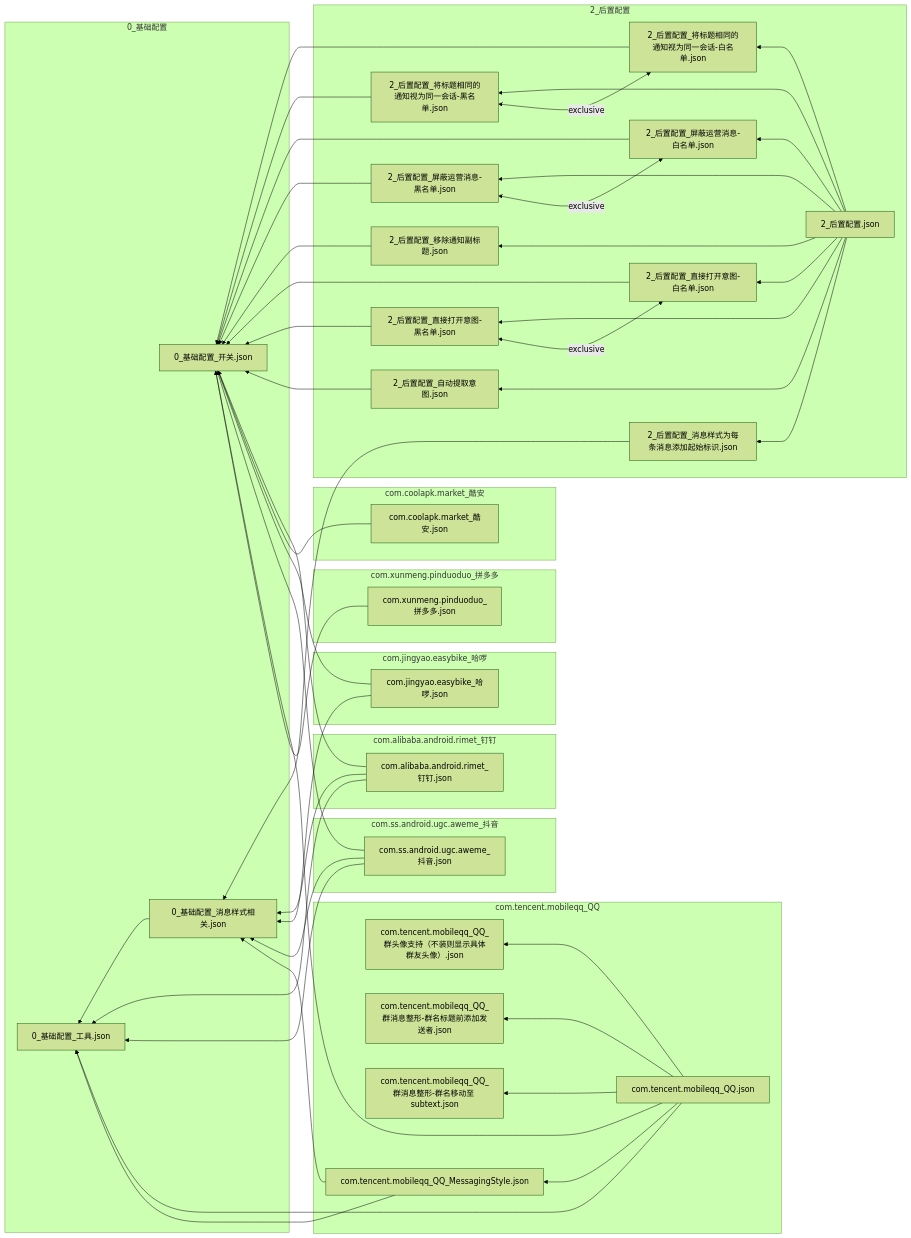
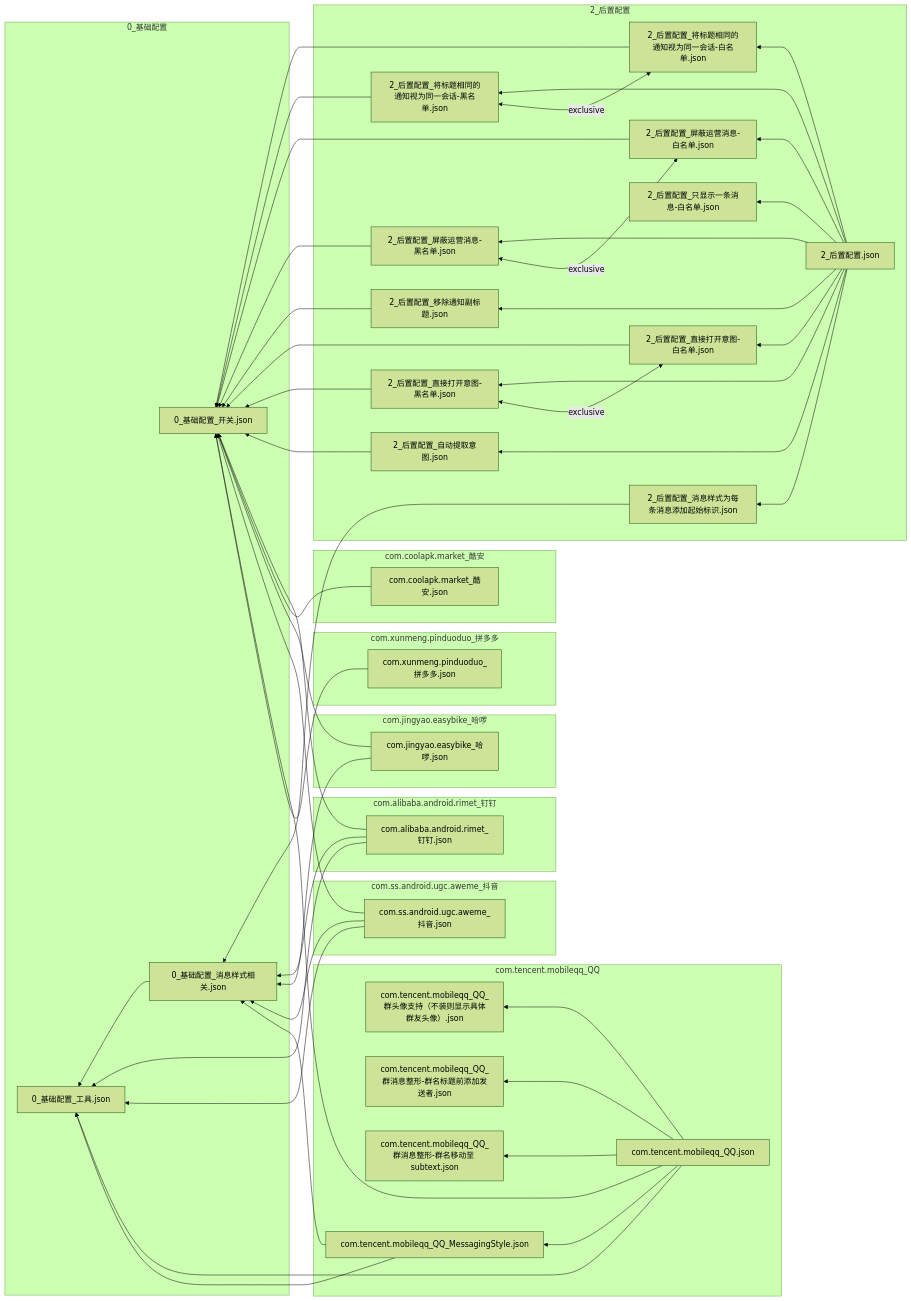
Before and after one commit to magisk317/MiPushConfigurations: the diagram in dependencies.md, drawn with Mermaid (forest theme). The commit also changed 2 other files, not shown here.

Commit message:
新增后置配置：只显示一条消息

````diff
--- a/dependencies.md
+++ b/dependencies.md
@@ -1,45 +1,46 @@
 ``` mermaid
 graph RL
 	subgraph 0_基础配置
 		479475383F0491508B3FC3001F85C8269165532DCD888EEE95ACAE0EFD0C9DEF["0_基础配置_工具.json"]
 		64CA1BAFD56122596A896ED9ACAC6301DAD3E47BC4E1F6650157CC8656332DB7["0_基础配置_开关.json"]
 		56F20600842C69DE11952BB308DDF2E234E46B866CCCE75155286E9A8C580A61["0_基础配置_消息样式相关.json"] --> 479475383F0491508B3FC3001F85C8269165532DCD888EEE95ACAE0EFD0C9DEF["0_基础配置_工具.json"]
 	end
 	subgraph 2_后置配置
-		CF1FF94665A8D125D2423F56FDF7D38CF6CB80A9702194C9182052A8EDD9B84F["2_后置配置.json"] --> BC119D699D1C22724B679147E360075F7311DC921A8B780B9A20750AD2BF8CE3["2_后置配置_移除通知副标题.json"] & D527F45F15BDD196E8CBE990ADBAFA93E36B1B763DFCD135EBA614D466B7493E["2_后置配置_消息样式为每条消息添加起始标识.json"] & C8ADC7C1E6F0FFA5F5302AE8955063633F68984F3FB30B563B4EB1D6CE8C3D27["2_后置配置_将标题相同的通知视为同一会话-白名单.json"] & A37D25B272E10D3FFCA277CF5B0CCA75D61016C03F2ED04820C21D2FD5F1C437["2_后置配置_将标题相同的通知视为同一会话-黑名单.json"] & C447EE860734DF6AA6A564BB3239AF0CFAAFE020018E0EF5496501D114BB6D16["2_后置配置_屏蔽运营消息-白名单.json"] & FB016B66093520C498AF13FFB20BBE3E1BD48890111E28D2968DEB22C21AA22A["2_后置配置_屏蔽运营消息-黑名单.json"] & BE0DE28646BA00CEBF099751C6566F3AB5B08DD5DE0C2FC3C4C62AF08D4F4CAB["2_后置配置_自动提取意图.json"] & 0BB6031DECF356C7682C7E4DB8840825EC906C42091672812CDFD24E1A1CE877["2_后置配置_直接打开意图-白名单.json"] & FBEB52252E05CB53C3B59F41F43CF5C5F4BA89FD5D89ED91DF81F90026DD6C50["2_后置配置_直接打开意图-黑名单.json"]
+		CF1FF94665A8D125D2423F56FDF7D38CF6CB80A9702194C9182052A8EDD9B84F["2_后置配置.json"] --> BC119D699D1C22724B679147E360075F7311DC921A8B780B9A20750AD2BF8CE3["2_后置配置_移除通知副标题.json"] & D527F45F15BDD196E8CBE990ADBAFA93E36B1B763DFCD135EBA614D466B7493E["2_后置配置_消息样式为每条消息添加起始标识.json"] & C8ADC7C1E6F0FFA5F5302AE8955063633F68984F3FB30B563B4EB1D6CE8C3D27["2_后置配置_将标题相同的通知视为同一会话-白名单.json"] & A37D25B272E10D3FFCA277CF5B0CCA75D61016C03F2ED04820C21D2FD5F1C437["2_后置配置_将标题相同的通知视为同一会话-黑名单.json"] & C447EE860734DF6AA6A564BB3239AF0CFAAFE020018E0EF5496501D114BB6D16["2_后置配置_屏蔽运营消息-白名单.json"] & FB016B66093520C498AF13FFB20BBE3E1BD48890111E28D2968DEB22C21AA22A["2_后置配置_屏蔽运营消息-黑名单.json"] & B02672C1C00A5C2E2591E4E558836163D378C452BFEA8A1945C5BAEC4ED859FE["2_后置配置_只显示一条消息-白名单.json"] & BE0DE28646BA00CEBF099751C6566F3AB5B08DD5DE0C2FC3C4C62AF08D4F4CAB["2_后置配置_自动提取意图.json"] & 0BB6031DECF356C7682C7E4DB8840825EC906C42091672812CDFD24E1A1CE877["2_后置配置_直接打开意图-白名单.json"] & FBEB52252E05CB53C3B59F41F43CF5C5F4BA89FD5D89ED91DF81F90026DD6C50["2_后置配置_直接打开意图-黑名单.json"]
 		C8ADC7C1E6F0FFA5F5302AE8955063633F68984F3FB30B563B4EB1D6CE8C3D27["2_后置配置_将标题相同的通知视为同一会话-白名单.json"] --> 64CA1BAFD56122596A896ED9ACAC6301DAD3E47BC4E1F6650157CC8656332DB7["0_基础配置_开关.json"]
 		A37D25B272E10D3FFCA277CF5B0CCA75D61016C03F2ED04820C21D2FD5F1C437["2_后置配置_将标题相同的通知视为同一会话-黑名单.json"] --> 64CA1BAFD56122596A896ED9ACAC6301DAD3E47BC4E1F6650157CC8656332DB7["0_基础配置_开关.json"]
 		C447EE860734DF6AA6A564BB3239AF0CFAAFE020018E0EF5496501D114BB6D16["2_后置配置_屏蔽运营消息-白名单.json"] --> 64CA1BAFD56122596A896ED9ACAC6301DAD3E47BC4E1F6650157CC8656332DB7["0_基础配置_开关.json"]
 		FB016B66093520C498AF13FFB20BBE3E1BD48890111E28D2968DEB22C21AA22A["2_后置配置_屏蔽运营消息-黑名单.json"] --> 64CA1BAFD56122596A896ED9ACAC6301DAD3E47BC4E1F6650157CC8656332DB7["0_基础配置_开关.json"]
 		D527F45F15BDD196E8CBE990ADBAFA93E36B1B763DFCD135EBA614D466B7493E["2_后置配置_消息样式为每条消息添加起始标识.json"] --> 56F20600842C69DE11952BB308DDF2E234E46B866CCCE75155286E9A8C580A61["0_基础配置_消息样式相关.json"]
 		BC119D699D1C22724B679147E360075F7311DC921A8B780B9A20750AD2BF8CE3["2_后置配置_移除通知副标题.json"] --> 64CA1BAFD56122596A896ED9ACAC6301DAD3E47BC4E1F6650157CC8656332DB7["0_基础配置_开关.json"]
 		0BB6031DECF356C7682C7E4DB8840825EC906C42091672812CDFD24E1A1CE877["2_后置配置_直接打开意图-白名单.json"] --> 64CA1BAFD56122596A896ED9ACAC6301DAD3E47BC4E1F6650157CC8656332DB7["0_基础配置_开关.json"]
 		FBEB52252E05CB53C3B59F41F43CF5C5F4BA89FD5D89ED91DF81F90026DD6C50["2_后置配置_直接打开意图-黑名单.json"] --> 64CA1BAFD56122596A896ED9ACAC6301DAD3E47BC4E1F6650157CC8656332DB7["0_基础配置_开关.json"]
+		B02672C1C00A5C2E2591E4E558836163D378C452BFEA8A1945C5BAEC4ED859FE["2_后置配置_只显示一条消息-白名单.json"]
 		BE0DE28646BA00CEBF099751C6566F3AB5B08DD5DE0C2FC3C4C62AF08D4F4CAB["2_后置配置_自动提取意图.json"] --> 64CA1BAFD56122596A896ED9ACAC6301DAD3E47BC4E1F6650157CC8656332DB7["0_基础配置_开关.json"]
 	end
 	subgraph com.alibaba.android.rimet_钉钉
 		8A0FD2B314F8E0F6C28C483310BC44C467518347F45D447F0D8B5E608B4DB769["com.alibaba.android.rimet_钉钉.json"] --> 479475383F0491508B3FC3001F85C8269165532DCD888EEE95ACAE0EFD0C9DEF["0_基础配置_工具.json"] & 56F20600842C69DE11952BB308DDF2E234E46B866CCCE75155286E9A8C580A61["0_基础配置_消息样式相关.json"] & 64CA1BAFD56122596A896ED9ACAC6301DAD3E47BC4E1F6650157CC8656332DB7["0_基础配置_开关.json"]
 	end
 	subgraph com.coolapk.market_酷安
 		D474A8B67EA765F9F136FE8FC195922AD2EB48B9CE87FC4E7F490DC6CD09AFA7["com.coolapk.market_酷安.json"] --> 64CA1BAFD56122596A896ED9ACAC6301DAD3E47BC4E1F6650157CC8656332DB7["0_基础配置_开关.json"]
 	end
 	subgraph com.jingyao.easybike_哈啰
 		9759AAE197B280E66663FD143F5A8FB0FF9F794CC65E47957068750616AFAC3E["com.jingyao.easybike_哈啰.json"] --> 56F20600842C69DE11952BB308DDF2E234E46B866CCCE75155286E9A8C580A61["0_基础配置_消息样式相关.json"] & 64CA1BAFD56122596A896ED9ACAC6301DAD3E47BC4E1F6650157CC8656332DB7["0_基础配置_开关.json"]
 	end
 	subgraph com.ss.android.ugc.aweme_抖音
 		A38443AB7D8A27909BF68857A43B326D3FBCB95369DFB321793217ACE26DC899["com.ss.android.ugc.aweme_抖音.json"] --> 479475383F0491508B3FC3001F85C8269165532DCD888EEE95ACAE0EFD0C9DEF["0_基础配置_工具.json"] & 64CA1BAFD56122596A896ED9ACAC6301DAD3E47BC4E1F6650157CC8656332DB7["0_基础配置_开关.json"] & 56F20600842C69DE11952BB308DDF2E234E46B866CCCE75155286E9A8C580A61["0_基础配置_消息样式相关.json"]
 	end
 	subgraph com.tencent.mobileqq_QQ
 		C48DD58A69BE1EA93C8925D900F2E839A39E3CB2CEA54C1EBF825330B5C34A47["com.tencent.mobileqq_QQ.json"] --> 479475383F0491508B3FC3001F85C8269165532DCD888EEE95ACAE0EFD0C9DEF["0_基础配置_工具.json"] & C987691EF08D6734082BA098238AD2823A85601E00D99ACFC91A7993CA5AECE1["com.tencent.mobileqq_QQ_群头像支持（不装则显示具体群友头像）.json"] & 64CA1BAFD56122596A896ED9ACAC6301DAD3E47BC4E1F6650157CC8656332DB7["0_基础配置_开关.json"] & F712B0B81C54964F664BD3EE8626AFB5AABAC90C3E4D8124E74B13FA3957DB1B["com.tencent.mobileqq_QQ_群消息整形-群名标题前添加发送者.json"] & D4FBC62701D505CB943309575D315FF58A052495BCF6F7ABF64AA526ACDA4137["com.tencent.mobileqq_QQ_群消息整形-群名移动至 subtext.json"] & D12D87813F6268AD3A037397B929B953A341E73125516AB9C673695A15D21149["com.tencent.mobileqq_QQ_MessagingStyle.json"]
 		D12D87813F6268AD3A037397B929B953A341E73125516AB9C673695A15D21149["com.tencent.mobileqq_QQ_MessagingStyle.json"] --> 479475383F0491508B3FC3001F85C8269165532DCD888EEE95ACAE0EFD0C9DEF["0_基础配置_工具.json"] & 56F20600842C69DE11952BB308DDF2E234E46B866CCCE75155286E9A8C580A61["0_基础配置_消息样式相关.json"]
 		C987691EF08D6734082BA098238AD2823A85601E00D99ACFC91A7993CA5AECE1["com.tencent.mobileqq_QQ_群头像支持（不装则显示具体群友头像）.json"]
 		F712B0B81C54964F664BD3EE8626AFB5AABAC90C3E4D8124E74B13FA3957DB1B["com.tencent.mobileqq_QQ_群消息整形-群名标题前添加发送者.json"]
 		D4FBC62701D505CB943309575D315FF58A052495BCF6F7ABF64AA526ACDA4137["com.tencent.mobileqq_QQ_群消息整形-群名移动至 subtext.json"]
 	end
 	subgraph com.xunmeng.pinduoduo_拼多多
 		3EE966FD60FD83B89D68BCB9A9F81B95F52DC9EA2A1FC8A3E0A1B3F01A2A30EE["com.xunmeng.pinduoduo_拼多多.json"] --> 64CA1BAFD56122596A896ED9ACAC6301DAD3E47BC4E1F6650157CC8656332DB7["0_基础配置_开关.json"]
 	end
 	0BB6031DECF356C7682C7E4DB8840825EC906C42091672812CDFD24E1A1CE877["2_后置配置_直接打开意图-白名单.json"] <-- exclusive --> FBEB52252E05CB53C3B59F41F43CF5C5F4BA89FD5D89ED91DF81F90026DD6C50["2_后置配置_直接打开意图-黑名单.json"]
 	C447EE860734DF6AA6A564BB3239AF0CFAAFE020018E0EF5496501D114BB6D16["2_后置配置_屏蔽运营消息-白名单.json"] <-- exclusive --> FB016B66093520C498AF13FFB20BBE3E1BD48890111E28D2968DEB22C21AA22A["2_后置配置_屏蔽运营消息-黑名单.json"]
 	C8ADC7C1E6F0FFA5F5302AE8955063633F68984F3FB30B563B4EB1D6CE8C3D27["2_后置配置_将标题相同的通知视为同一会话-白名单.json"] <-- exclusive --> A37D25B272E10D3FFCA277CF5B0CCA75D61016C03F2ED04820C21D2FD5F1C437["2_后置配置_将标题相同的通知视为同一会话-黑名单.json"]
 ```
````
